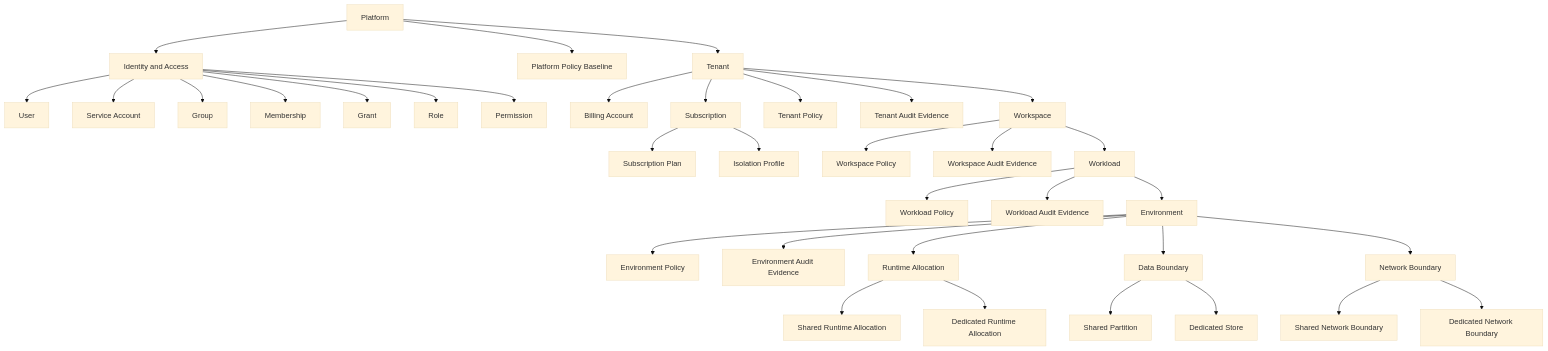
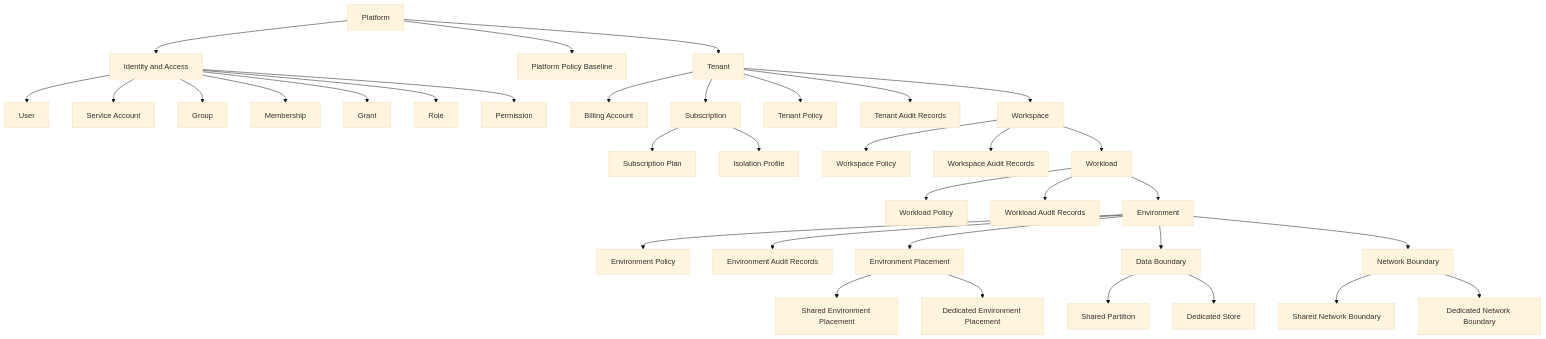
The second of 2 diagrams in documentation/arc42/05_building_block_view.adoc (stefan-karlsson/software-architecture), drawn with Mermaid (base theme) before and after one commit. The commit also changed other lines of this file and 16 other files, not shown here.

```diff
--- a/documentation/arc42/05_building_block_view.adoc
+++ b/documentation/arc42/05_building_block_view.adoc
@@ -69,40 +69,40 @@
 [mermaid, format=svg]
 ....
 flowchart TD
   Platform["Platform"]
   Platform --> IdentityAccess["Identity and Access"]
   IdentityAccess --> User["User"]
   IdentityAccess --> ServiceAccount["Service Account"]
   IdentityAccess --> Group["Group"]
   IdentityAccess --> Membership["Membership"]
   IdentityAccess --> Grant["Grant"]
   IdentityAccess --> Role["Role"]
   IdentityAccess --> Permission["Permission"]
 
   Platform --> PlatformPolicyBaseline["Platform Policy Baseline"]
   Platform --> Tenant["Tenant"]
   Tenant --> BillingAccount["Billing Account"]
   Tenant --> Subscription["Subscription"]
   Subscription --> SubscriptionPlan["Subscription Plan"]
   Subscription --> IsolationProfile["Isolation Profile"]
   Tenant --> TenantPolicy["Tenant Policy"]
-  Tenant --> TenantAuditEvidence["Tenant Audit Evidence"]
+  Tenant --> TenantAuditRecords["Tenant Audit Records"]
   Tenant --> Workspace["Workspace"]
   Workspace --> WorkspacePolicy["Workspace Policy"]
-  Workspace --> WorkspaceAuditEvidence["Workspace Audit Evidence"]
+  Workspace --> WorkspaceAuditRecords["Workspace Audit Records"]
   Workspace --> Workload["Workload"]
   Workload --> WorkloadPolicy["Workload Policy"]
-  Workload --> WorkloadAuditEvidence["Workload Audit Evidence"]
+  Workload --> WorkloadAuditRecords["Workload Audit Records"]
   Workload --> Environment["Environment"]
   Environment --> EnvironmentPolicy["Environment Policy"]
-  Environment --> EnvironmentAuditEvidence["Environment Audit Evidence"]
-  Environment --> RuntimeAllocation["Runtime Allocation"]
-  RuntimeAllocation --> SharedRuntime["Shared Runtime Allocation"]
-  RuntimeAllocation --> DedicatedRuntime["Dedicated Runtime Allocation"]
+  Environment --> EnvironmentAuditRecords["Environment Audit Records"]
+  Environment --> EnvironmentPlacement["Environment Placement"]
+  EnvironmentPlacement --> SharedRuntime["Shared Environment Placement"]
+  EnvironmentPlacement --> DedicatedRuntime["Dedicated Environment Placement"]
   Environment --> DataBoundary["Data Boundary"]
   DataBoundary --> SharedPartition["Shared Partition"]
   DataBoundary --> DedicatedStore["Dedicated Store"]
   Environment --> NetworkBoundary["Network Boundary"]
   NetworkBoundary --> SharedNetwork["Shared Network Boundary"]
   NetworkBoundary --> DedicatedNetwork["Dedicated Network Boundary"]
 ....
```
